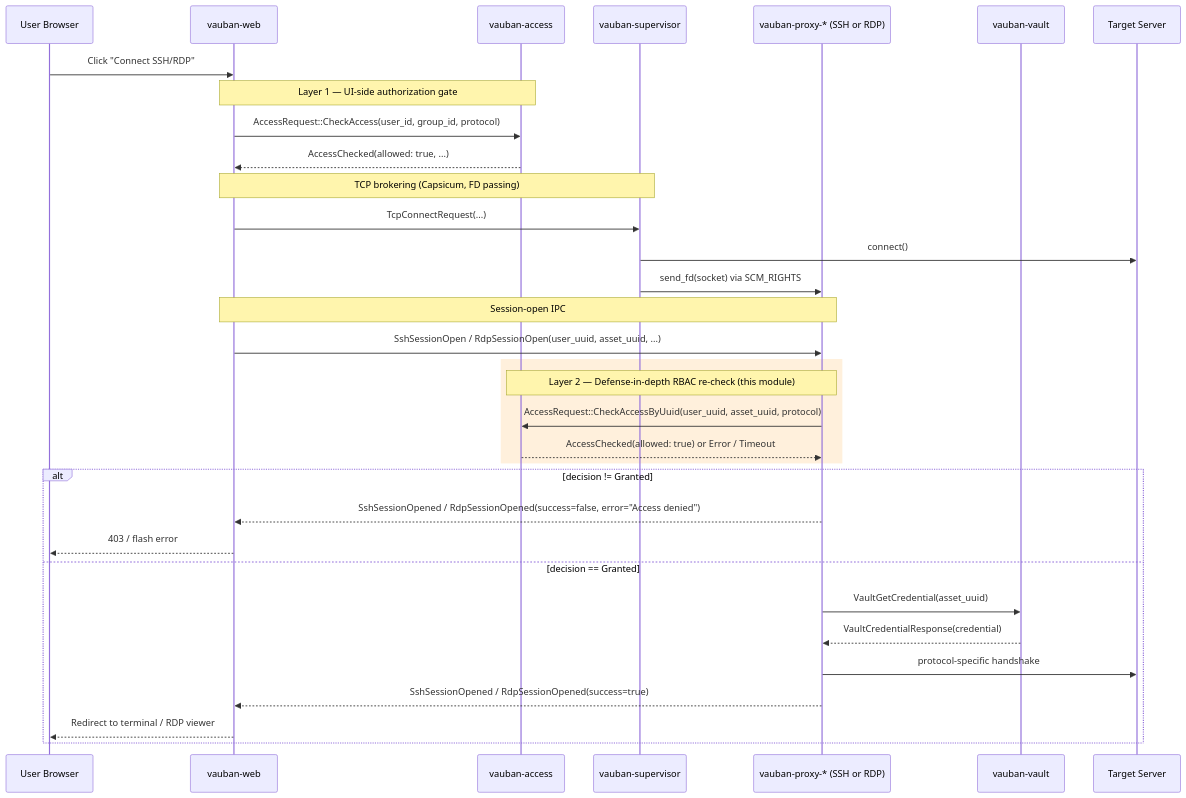
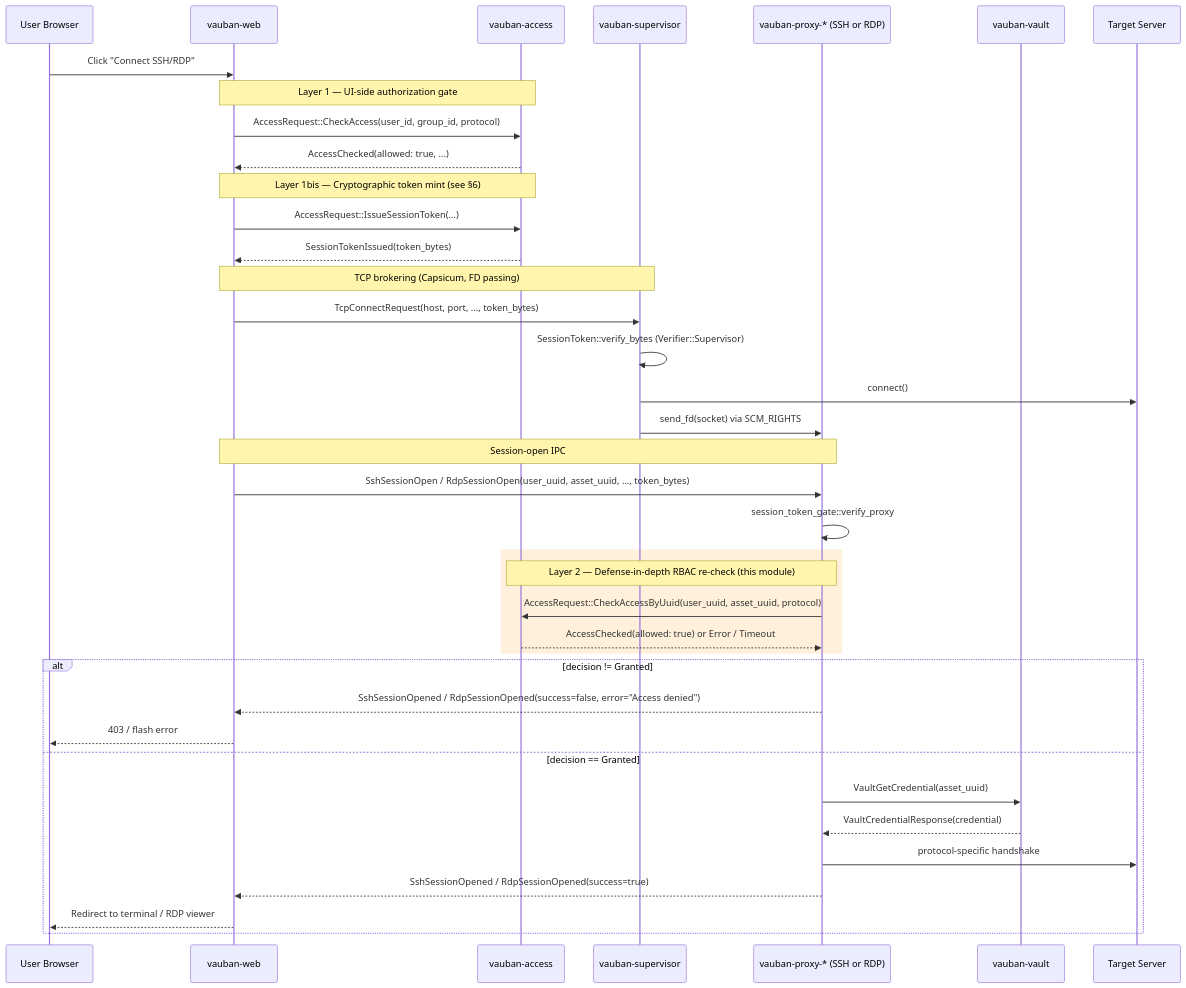
Before and after one commit to rbenaley/Vauban: the second of 7 diagrams in docs/technical/Vauban_AccessGuard_Architecture_EN(1.0).md, drawn with Mermaid. The commit also changed other lines of this file and 27 other files, not shown here.

````diff
--- a/docs/technical/Vauban_AccessGuard_Architecture_EN(1.0).md
+++ b/docs/technical/Vauban_AccessGuard_Architecture_EN(1.0).md
@@ -88,40 +103,46 @@
 ```mermaid
 sequenceDiagram
     participant U as User Browser
     participant W as vauban-web
     participant AC as vauban-access
     participant S as vauban-supervisor
     participant P as vauban-proxy-* (SSH or RDP)
     participant V as vauban-vault
     participant T as Target Server
 
     U->>W: Click "Connect SSH/RDP"
     Note over W,AC: Layer 1 — UI-side authorization gate
     W->>AC: AccessRequest::CheckAccess(user_id, group_id, protocol)
     AC-->>W: AccessChecked(allowed: true, ...)
 
+    Note over W,AC: Layer 1bis — Cryptographic token mint (see §6)
+    W->>AC: AccessRequest::IssueSessionToken(...)
+    AC-->>W: SessionTokenIssued(token_bytes)
+
     Note over W,S: TCP brokering (Capsicum, FD passing)
-    W->>S: TcpConnectRequest(...)
+    W->>S: TcpConnectRequest(host, port, ..., token_bytes)
+    S->>S: SessionToken::verify_bytes (Verifier::Supervisor)
     S->>T: connect()
     S->>P: send_fd(socket) via SCM_RIGHTS
 
     Note over W,P: Session-open IPC
-    W->>P: SshSessionOpen / RdpSessionOpen(user_uuid, asset_uuid, ...)
+    W->>P: SshSessionOpen / RdpSessionOpen(user_uuid, asset_uuid, ..., token_bytes)
+    P->>P: session_token_gate::verify_proxy
 
     rect rgb(255, 240, 220)
     Note over P,AC: Layer 2 — Defense-in-depth RBAC re-check (this module)
     P->>AC: AccessRequest::CheckAccessByUuid(user_uuid, asset_uuid, protocol)
     AC-->>P: AccessChecked(allowed: true) or Error / Timeout
     end
 
     alt decision != Granted
         P-->>W: SshSessionOpened / RdpSessionOpened(success=false, error="Access denied")
         W-->>U: 403 / flash error
     else decision == Granted
         P->>V: VaultGetCredential(asset_uuid)
         V-->>P: VaultCredentialResponse(credential)
         P->>T: protocol-specific handshake
         P-->>W: SshSessionOpened / RdpSessionOpened(success=true)
         W-->>U: Redirect to terminal / RDP viewer
     end
 ```
````
